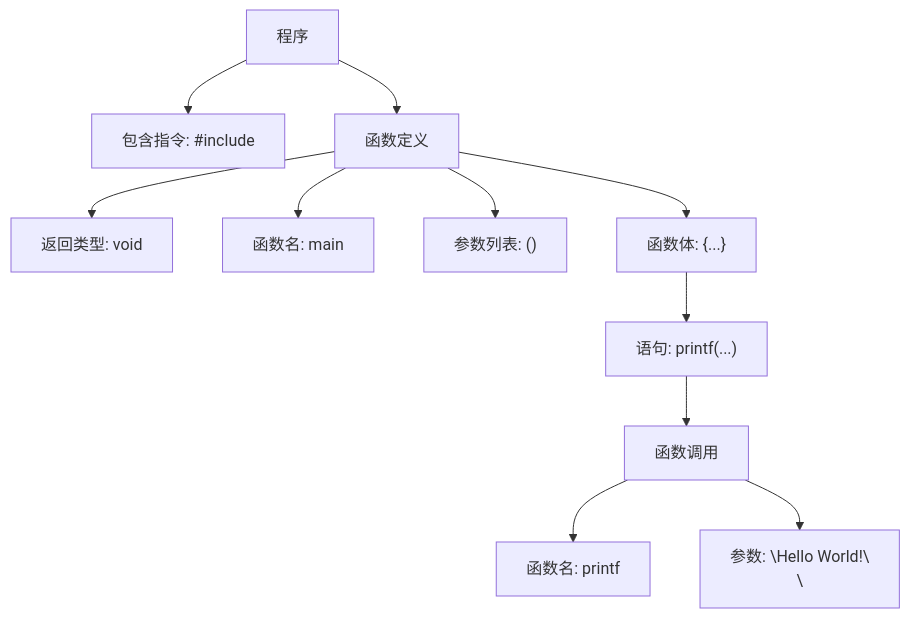
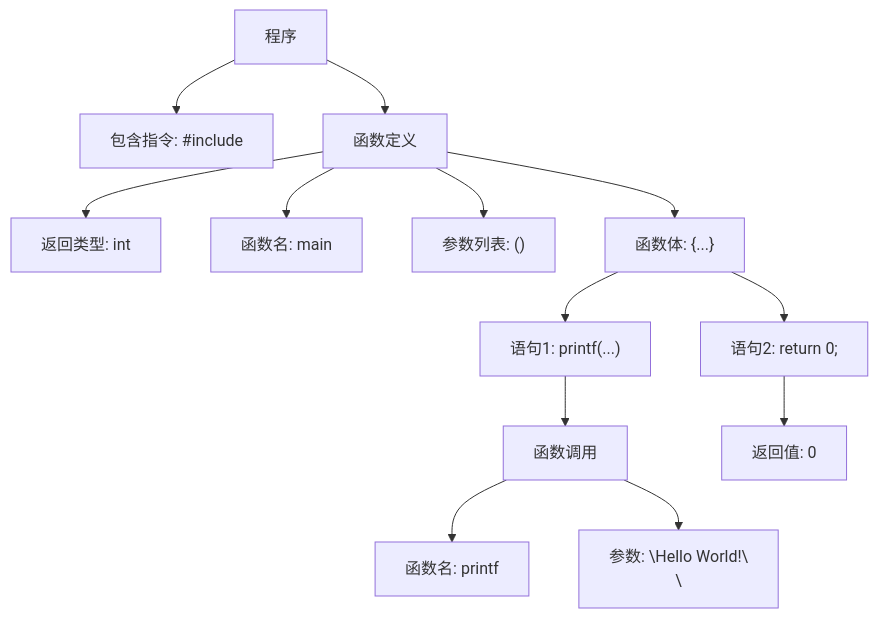
The third of 6 diagrams in docs/cs/basic/c_cpp/0x01.md (Chenpeel/Chenpeel.github.io), drawn with Mermaid before and after one commit. The commit also changed other lines of this file, not shown here.

````diff
--- a/docs/cs/basic/c_cpp/0x01.md
+++ b/docs/cs/basic/c_cpp/0x01.md
@@ -82,17 +85,20 @@
 ```mermaid
 graph TD
     P["程序"] --> I["包含指令: #include <stdio.h>"]
     P --> F["函数定义"]
-
-    F --> RT["返回类型: void"]
+    
+    F --> RT["返回类型: int"]
     F --> N["函数名: main"]
     F --> PL["参数列表: ()"]
     F --> FB["函数体: {...}"]
-
-    FB --> S["语句: printf(...)"]
-    S --> FC["函数调用"]
-
+    
+    FB --> S1["语句1: printf(...)"]
+    FB --> S2["语句2: return 0;"]
+    
+    S1 --> FC["函数调用"]
     FC --> FN["函数名: printf"]
     FC --> A["参数: \"Hello World!\\n\""]
+    
+    S2 --> RV["返回值: 0"]
 
 ```
````
